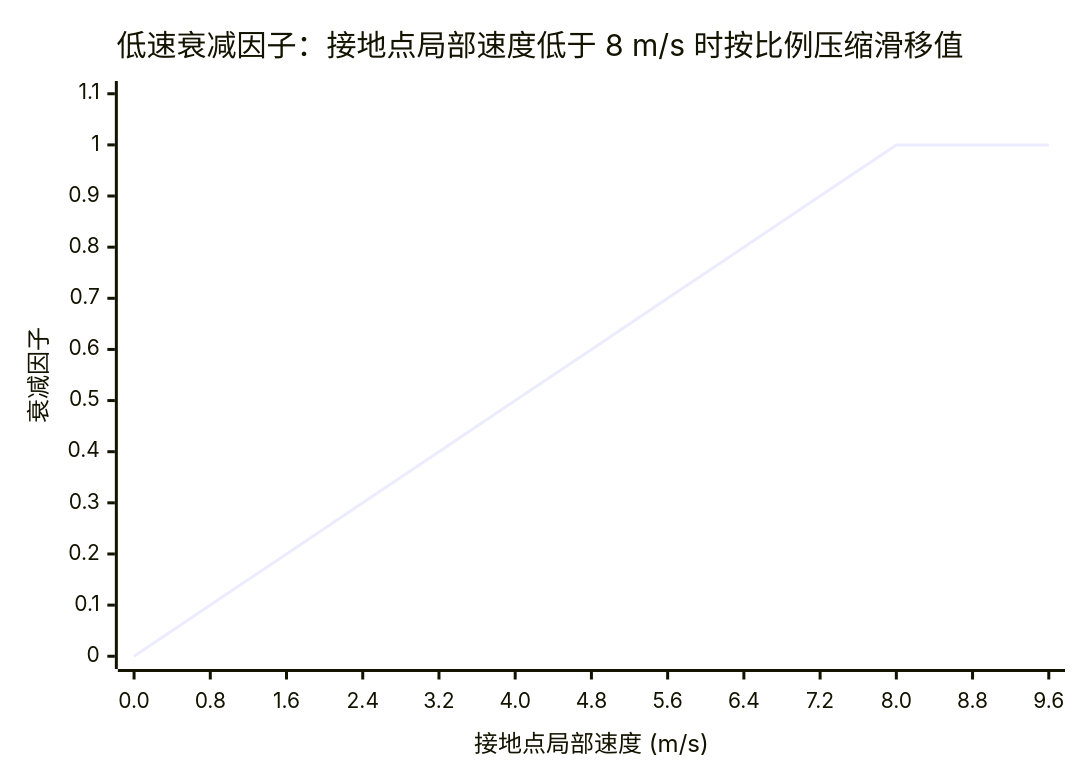
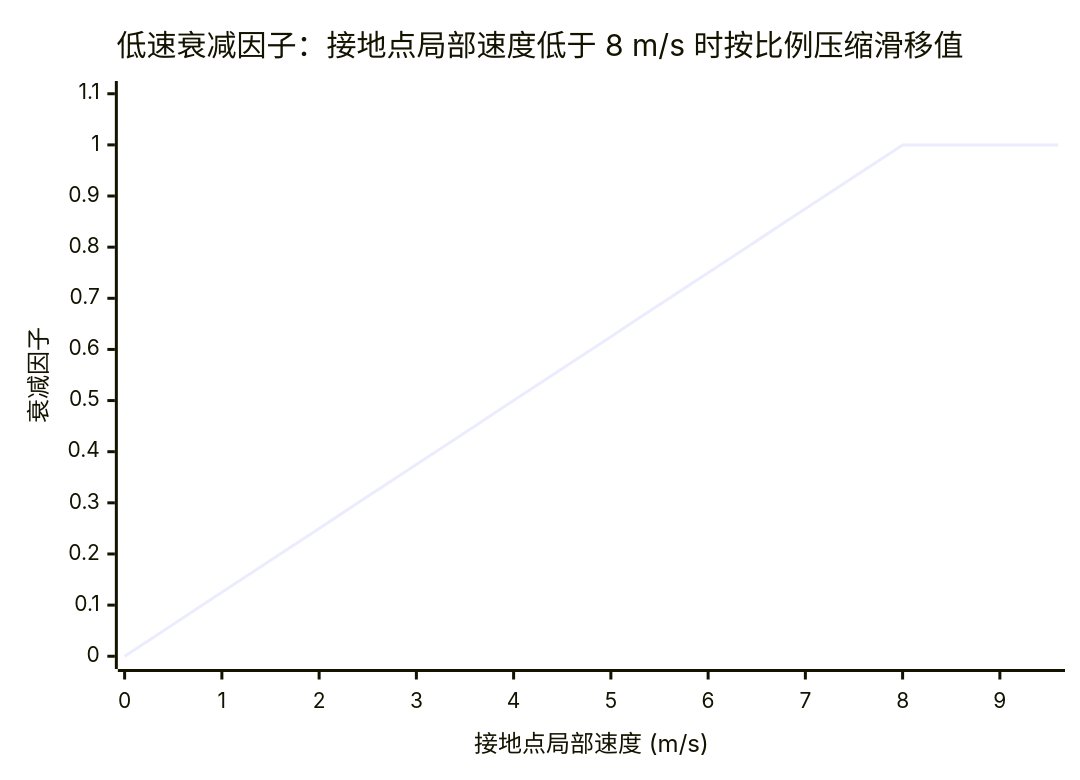
Before and after one commit to TakotsuboChen/ala-mobile-tool: diagram 11 of 15 in TECHNICAL_ANALYSIS.md, drawn with Mermaid. The commit also changed other lines of this file, not shown here.

````diff
--- a/TECHNICAL_ANALYSIS.md
+++ b/TECHNICAL_ANALYSIS.md
@@ -404,7 +404,7 @@
 ```mermaid
 xychart-beta
     title "低速衰减因子：接地点局部速度低于 8 m/s 时按比例压缩滑移值"
-    x-axis "接地点局部速度 (m/s)" [0.0, 0.8, 1.6, 2.4, 3.2, 4.0, 4.8, 5.6, 6.4, 7.2, 8.0, 8.8, 9.6]
+    x-axis "接地点局部速度 (m/s)" 0 --> 9.6
     y-axis "衰减因子" 0 --> 1.1
-    line [0.0, 0.1, 0.2, 0.3, 0.4, 0.5, 0.6, 0.7, 0.8, 0.9, 1.0, 1.0, 1.0]
+    line [0.0, 0.025, 0.05, 0.075, 0.1, 0.125, 0.15, 0.175, 0.2, 0.225, 0.25, 0.275, 0.3, 0.325, 0.35, 0.375, 0.4, 0.425, 0.45, 0.475, 0.5, 0.525, 0.55, 0.575, 0.6, 0.625, 0.65, 0.675, 0.7, 0.725, 0.75, 0.775, 0.8, 0.825, 0.85, 0.875, 0.9, 0.925, 0.95, 0.975, 1.0, 1.0, 1.0, 1.0, 1.0, 1.0, 1.0, 1.0, 1.0]
 ```
````
